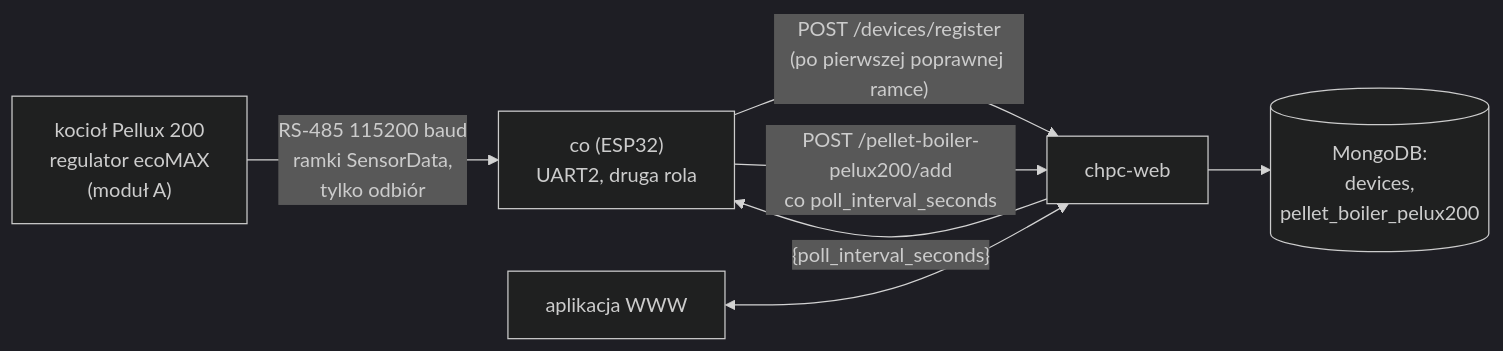
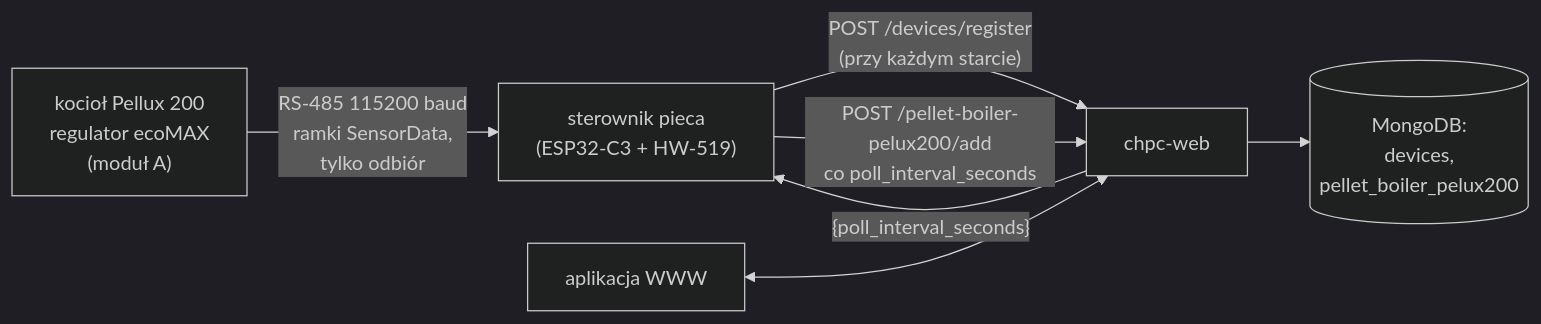
One commit to robertorlowski/chpc-web changed the first of 4 diagrams in docs/moduly/pellet-boiler-pelux200/2-zasada-dzialania.md. Above: the diagram before and after it, drawn with Mermaid (dark theme). The commit also changed other lines of this file and 51 other files, not shown here.

First line of the commit message:
Piec Pellux 200: osobny sterownik ESP32-C3 + HW-519, rola pieca usunięta z co

````diff
--- a/docs/moduly/pellet-boiler-pelux200/2-zasada-dzialania.md
+++ b/docs/moduly/pellet-boiler-pelux200/2-zasada-dzialania.md
@@ -7,9 +7,9 @@
 ```mermaid
 flowchart LR
-    ECO["kocioł Pellux 200<br/>regulator ecoMAX<br/>(moduł A)"] -- "RS-485 115200 baud<br/>ramki SensorData,<br/>tylko odbiór" --> CO["co (ESP32)<br/>UART2, druga rola"]
-    CO -- "POST /devices/register<br/>(po pierwszej poprawnej ramce)" --> SRV["chpc-web"]
+    ECO["kocioł Pellux 200<br/>regulator ecoMAX<br/>(moduł A)"] -- "RS-485 115200 baud<br/>ramki SensorData,<br/>tylko odbiór" --> CO["sterownik pieca<br/>(ESP32-C3 + HW-519)"]
+    CO -- "POST /devices/register<br/>(przy każdym starcie)" --> SRV["chpc-web"]
     CO -- "POST /pellet-boiler-pelux200/add<br/>co poll_interval_seconds" --> SRV
     SRV -- "{poll_interval_seconds}" --> CO
     SRV --> DB[("MongoDB:<br/>devices,<br/>pellet_boiler_pelux200")]
     WEB["aplikacja WWW"] <--> SRV
 ```
````
